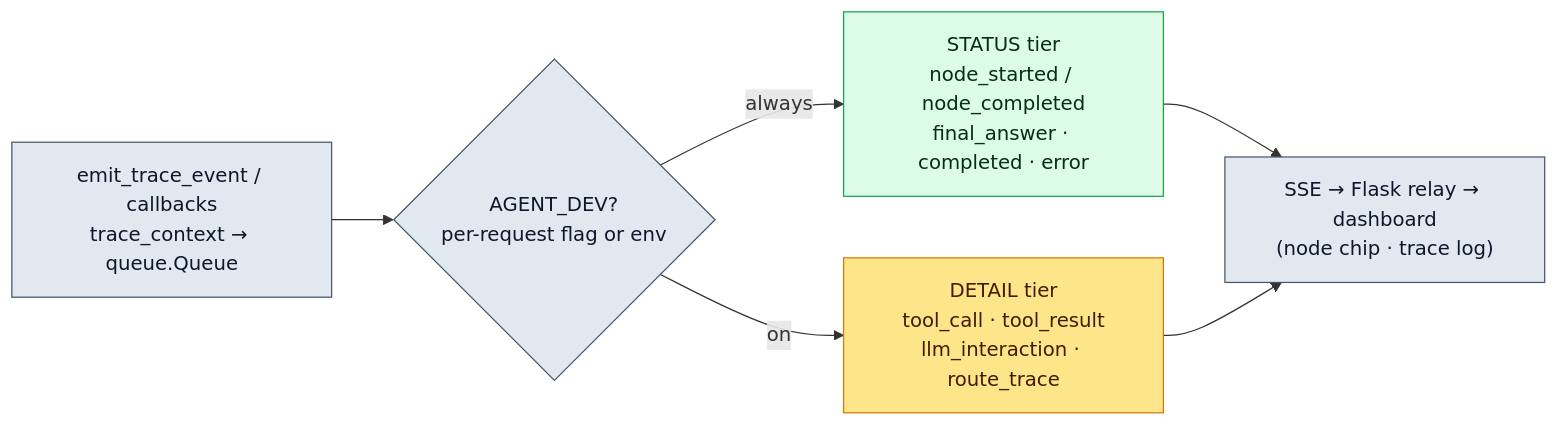
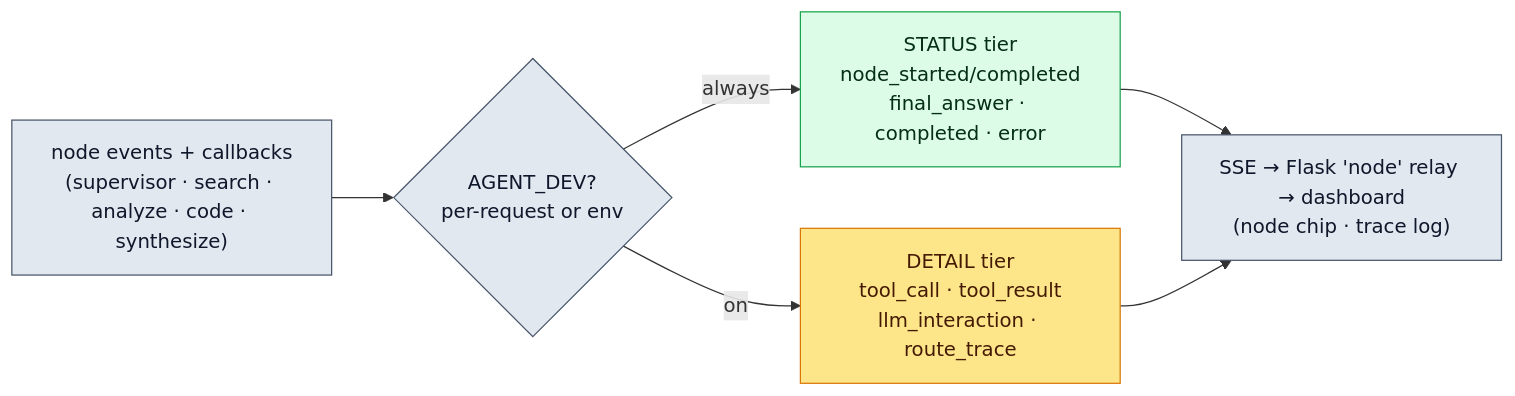
The sixth of 7 diagrams in agent_runtime/agent_architecture.md (I-GUIDE/I-GUIDE_AI), drawn with Mermaid before and after one commit. The commit also changed other lines of this file and 16 other files, not shown here.

````diff
--- a/agent_runtime/agent_architecture.md
+++ b/agent_runtime/agent_architecture.md
@@ -125,12 +141,12 @@
 ```mermaid
 flowchart LR
     classDef infra fill:#e2e8f0,stroke:#475569,color:#0f172a;
     classDef status fill:#dcfce7,stroke:#16a34a,color:#052e16;
     classDef detail fill:#fde68a,stroke:#d97706,color:#451a03;
 
-    EV["emit_trace_event / callbacks<br/>trace_context → queue.Queue"]:::infra --> GATE{"AGENT_DEV?<br/>per-request flag or env"}:::infra
-    GATE -->|"always"| ST["STATUS tier<br/>node_started / node_completed<br/>final_answer · completed · error"]:::status
+    EV["node events + callbacks<br/>(supervisor · search · analyze · code · synthesize)"]:::infra --> GATE{"AGENT_DEV?<br/>per-request or env"}:::infra
+    GATE -->|"always"| ST["STATUS tier<br/>node_started/completed<br/>final_answer · completed · error"]:::status
     GATE -->|"on"| DT["DETAIL tier<br/>tool_call · tool_result<br/>llm_interaction · route_trace"]:::detail
-    ST --> SSE["SSE → Flask relay → dashboard<br/>(node chip · trace log)"]:::infra
+    ST --> SSE["SSE → Flask 'node' relay → dashboard<br/>(node chip · trace log)"]:::infra
     DT --> SSE
 ```
````
